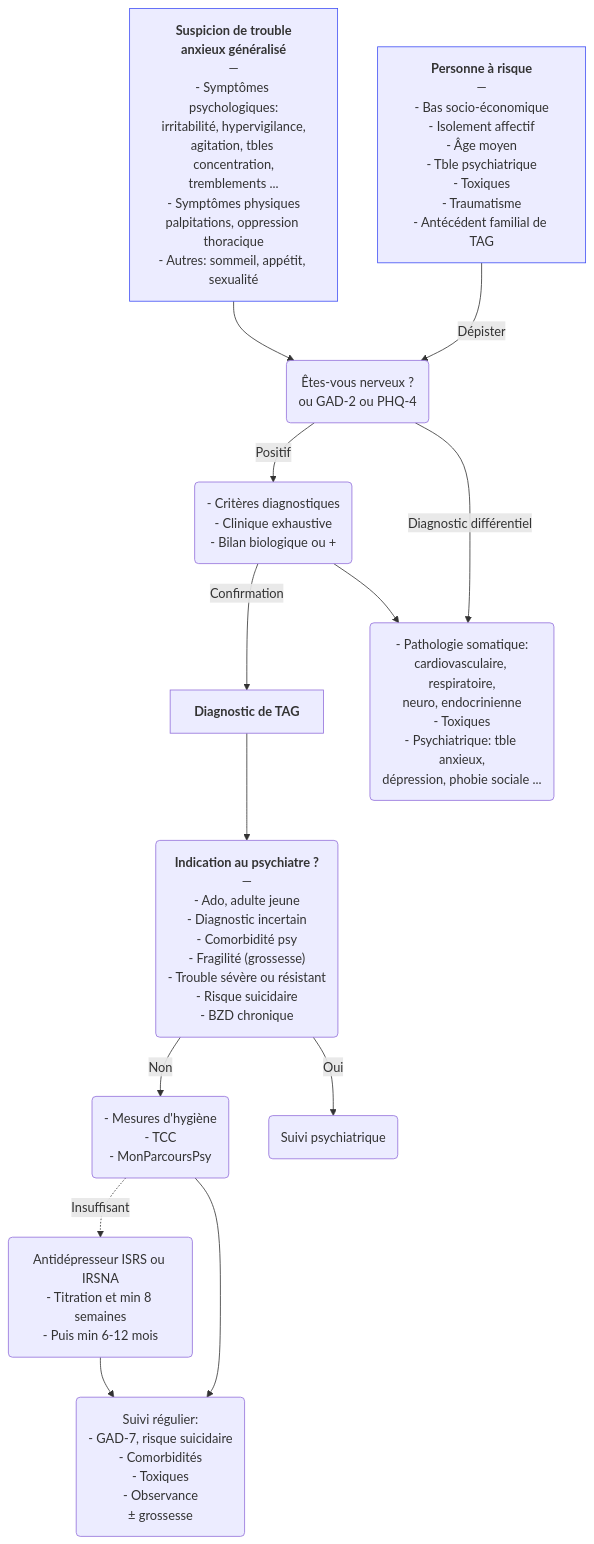
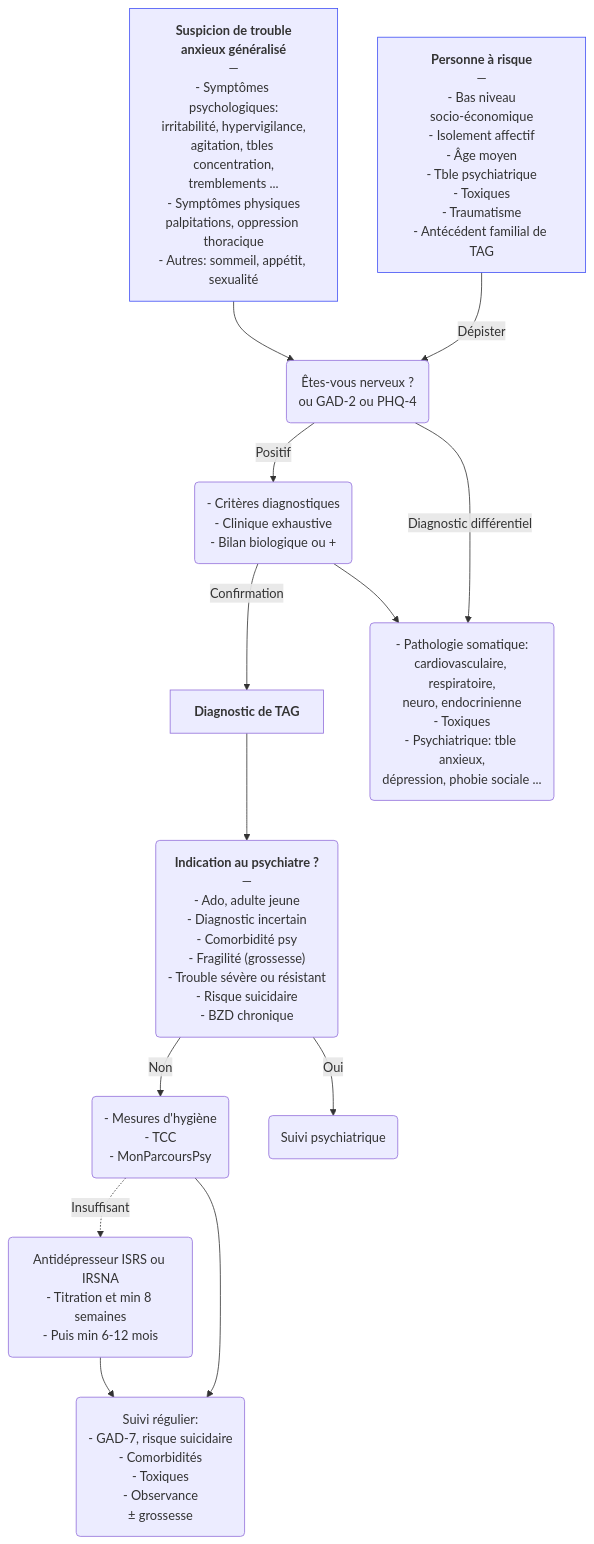
The diagram in content/recommandations/trouble-anxieux-generalise.md (djibe/recommandations-medicales), drawn with Mermaid before and after one commit. The commit also changed other lines of this file and 15 other files, not shown here.

Commit message:
New flowcharts

```diff
--- a/content/recommandations/trouble-anxieux-generalise.md
+++ b/content/recommandations/trouble-anxieux-generalise.md
@@ -261,12 +262,12 @@
 {{< mermaid title="Prise en charge du trouble anxieux généralisé (TAG). Dr JB Fron d'après ACP 2019 et BAP 2010" >}}
 graph TB
   symptômes["<b>Suspicion de trouble<br>anxieux généralisé</b><br>—<br>- Symptômes psychologiques:<br>irritabilité, hypervigilance,<br>agitation, tbles concentration,<br>tremblements ...<br>- Symptômes physiques<br>palpitations, oppression thoracique<br>- Autres: sommeil, appétit, sexualité"] --> dépistage("Êtes-vous nerveux ?<br>ou GAD-2 ou PHQ-4")
-  risque["<b>Personne à risque</b><br>—<br>- Bas socio-économique<br>- Isolement affectif<br>- Âge moyen<br>- Tble psychiatrique<br>- Toxiques<br>- Traumatisme<br>- Antécédent familial de TAG"] -- Dépister --> dépistage
+  risque["<b>Personne à risque</b><br>—<br>- Bas niveau<br>socio-économique<br>- Isolement affectif<br>- Âge moyen<br>- Tble psychiatrique<br>- Toxiques<br>- Traumatisme<br>- Antécédent familial de TAG"] -- Dépister --> dépistage
   style symptômes stroke:#4150f5, stroke-width:1px
   style risque stroke:#4150f5, stroke-width:1px
     dépistage -- Positif --> étayer("- Critères diagnostiques<br>- Clinique exhaustive<br>- Bilan biologique ou +") -- Confirmation --> TAG["<b>Diagnostic de TAG</b>"] --> indicationPsychiatre("<b>Indication au psychiatre ?</b><br>—<br>- Ado, adulte jeune<br>- Diagnostic incertain<br>- Comorbidité psy<br>- Fragilité (grossesse)<br>- Trouble sévère ou résistant<br>- Risque suicidaire<br>- BZD chronique") -- Non --> RHD("- Mesures d'hygiène<br>- TCC<br>- MonParcoursPsy") -. Insuffisant .-> antidépresseur("Antidépresseur ISRS ou IRSNA<br>- Titration et min 8 semaines<br>- Puis min 6-12 mois") --> suivi("Suivi régulier:<br>- GAD-7, risque suicidaire<br>- Comorbidités<br>- Toxiques<br>- Observance<br>± grossesse")
       RHD --> suivi
       indicationPsychiatre -- Oui --> psychiatre(Suivi psychiatrique)
     dépistage -- Diagnostic différentiel --> différentiel("- Pathologie somatique:<br>cardiovasculaire, respiratoire,<br>neuro, endocrinienne<br>- Toxiques<br>- Psychiatrique: tble anxieux,<br>dépression, phobie sociale ...")
       étayer --> différentiel
 {{< /mermaid >}}
```
